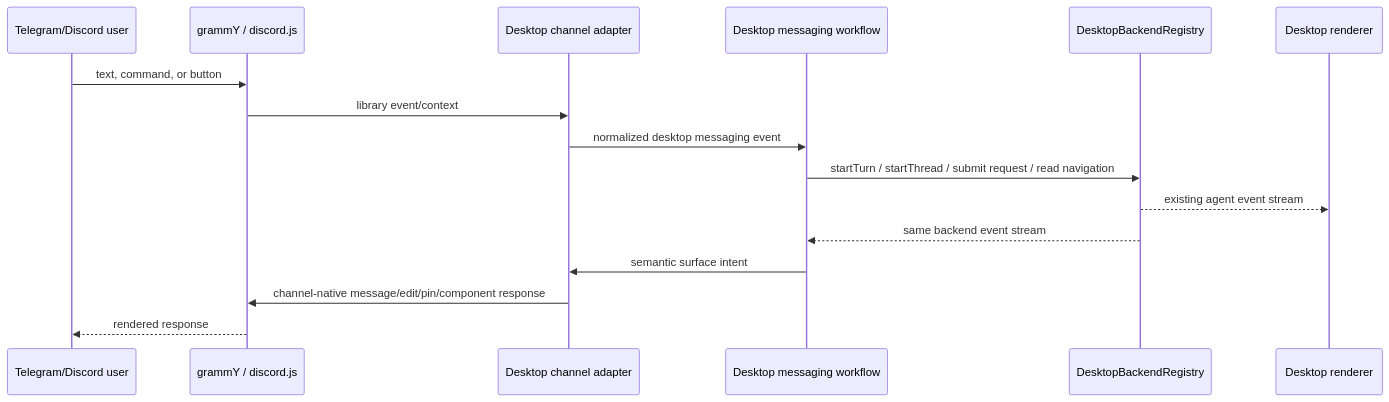
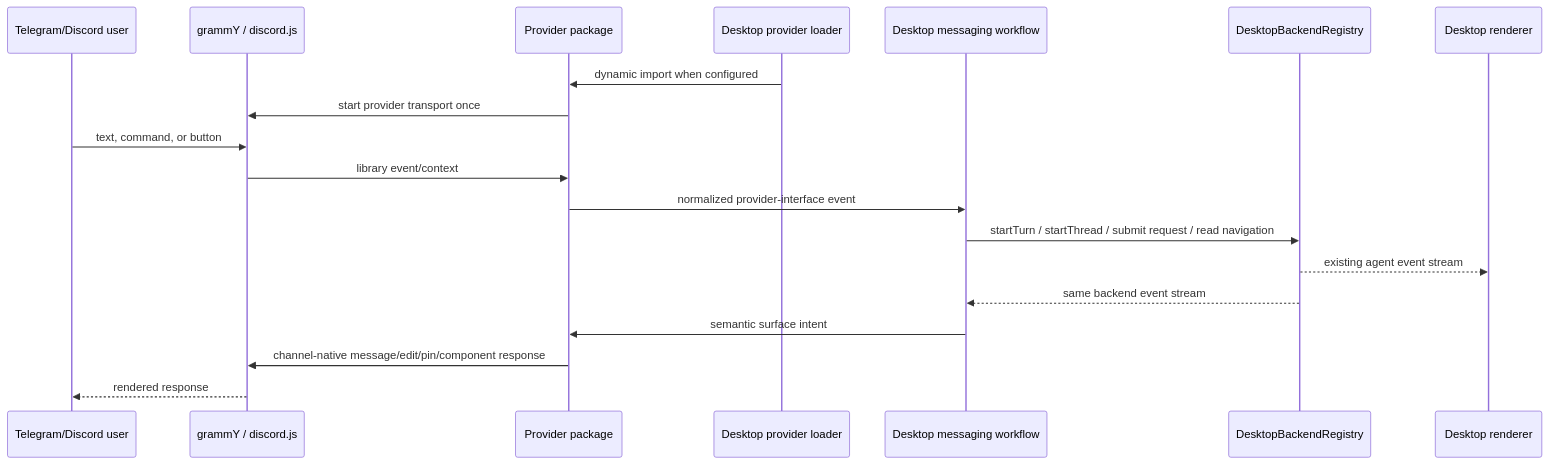
The second of 3 diagrams in docs/plans/2026-04-30-003-refactor-desktop-hosted-messaging-plan.md (pwrdrvr/PwrAgent), drawn with Mermaid before and after one commit. The commit also changed other lines of this file, not shown here.

Commit message:
docs(messaging): deepen provider package plan

````diff
--- a/docs/plans/2026-04-30-003-refactor-desktop-hosted-messaging-plan.md
+++ b/docs/plans/2026-04-30-003-refactor-desktop-hosted-messaging-plan.md
@@ -120,19 +141,22 @@
 ```mermaid
 sequenceDiagram
     participant User as Telegram/Discord user
     participant Lib as grammY / discord.js
-    participant Adapter as Desktop channel adapter
+    participant Provider as Provider package
+    participant Loader as Desktop provider loader
     participant Workflow as Desktop messaging workflow
     participant Registry as DesktopBackendRegistry
     participant Renderer as Desktop renderer
 
+    Loader->>Provider: dynamic import when configured
+    Provider->>Lib: start provider transport once
     User->>Lib: text, command, or button
-    Lib->>Adapter: library event/context
-    Adapter->>Workflow: normalized desktop messaging event
+    Lib->>Provider: library event/context
+    Provider->>Workflow: normalized provider-interface event
     Workflow->>Registry: startTurn / startThread / submit request / read navigation
     Registry-->>Renderer: existing agent event stream
     Registry-->>Workflow: same backend event stream
-    Workflow->>Adapter: semantic surface intent
-    Adapter->>Lib: channel-native message/edit/pin/component response
+    Workflow->>Provider: semantic surface intent
+    Provider->>Lib: channel-native message/edit/pin/component response
     Lib-->>User: rendered response
 ```
````
